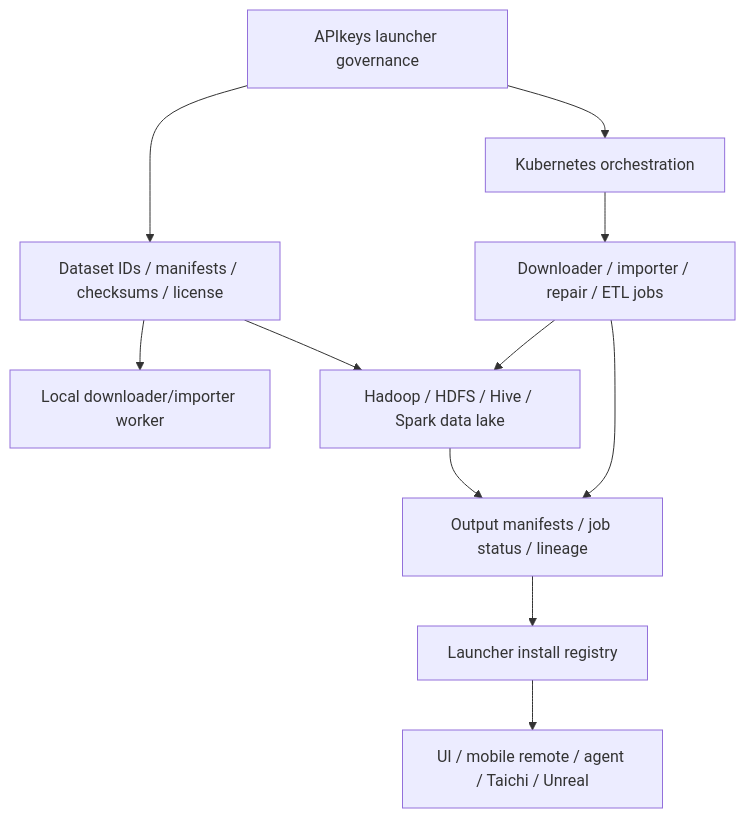
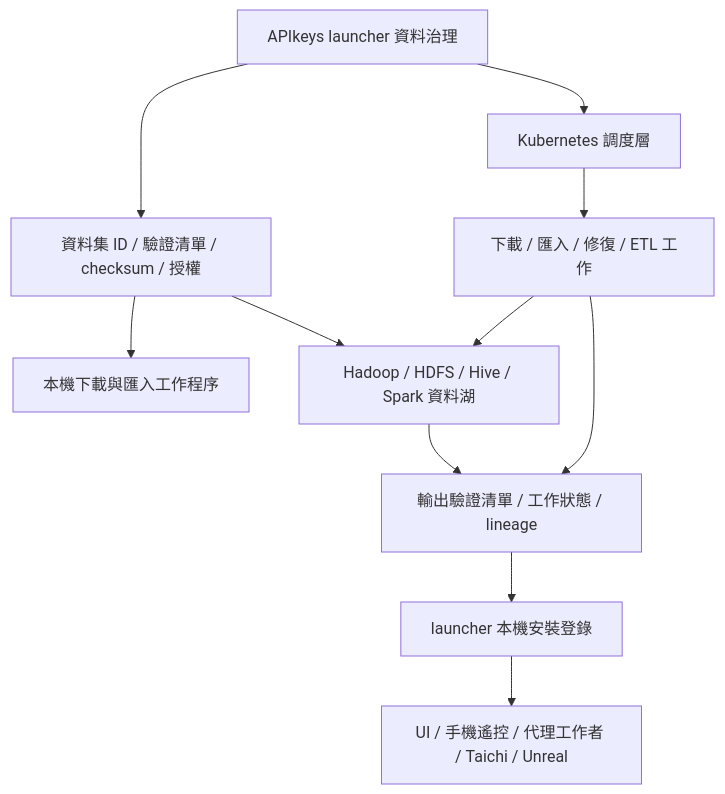
One commit to YanAnnLu/APIkeys_collection changed the second of 3 diagrams in docs/ARCHITECTURE.zh-TW.md. Above: the diagram before and after it, drawn with Mermaid. The commit also changed other lines of this file and 17 other files, not shown here.

````diff
--- a/docs/ARCHITECTURE.zh-TW.md
+++ b/docs/ARCHITECTURE.zh-TW.md
@@ -53,23 +53,23 @@
 ```mermaid
 flowchart TD
-    Launcher["APIkeys launcher governance"]
-    Manifest["Dataset IDs / manifests / checksums / license"]
-    LocalWorker["Local downloader/importer worker"]
-    Hadoop["Hadoop / HDFS / Hive / Spark data lake"]
-    K8S["Kubernetes orchestration"]
-    Jobs["Downloader / importer / repair / ETL jobs"]
-    Results["Output manifests / job status / lineage"]
-    Registry["Launcher install registry"]
-    Consumers["UI / mobile remote / agent / Taichi / Unreal"]
+    Launcher["APIkeys launcher 資料治理"]
+    Manifest["資料集 ID / 驗證清單 / checksum / 授權"]
+    LocalWorker["本機下載與匯入工作程序"]
+    Hadoop["Hadoop / HDFS / Hive / Spark 資料湖"]
+    K8S["Kubernetes 調度層"]
+    Jobs["下載 / 匯入 / 修復 / ETL 工作"]
+    Results["輸出驗證清單 / 工作狀態 / lineage"]
+    Registry["launcher 本機安裝登錄"]
+    Consumers["UI / 手機遙控 / 代理工作者 / Taichi / Unreal"]
 
     Launcher --> Manifest
     Manifest --> LocalWorker
     Manifest --> Hadoop
     Launcher --> K8S
     K8S --> Jobs
     Jobs --> Hadoop
     Jobs --> Results
     Hadoop --> Results
     Results --> Registry
     Registry --> Consumers
 ```
````
